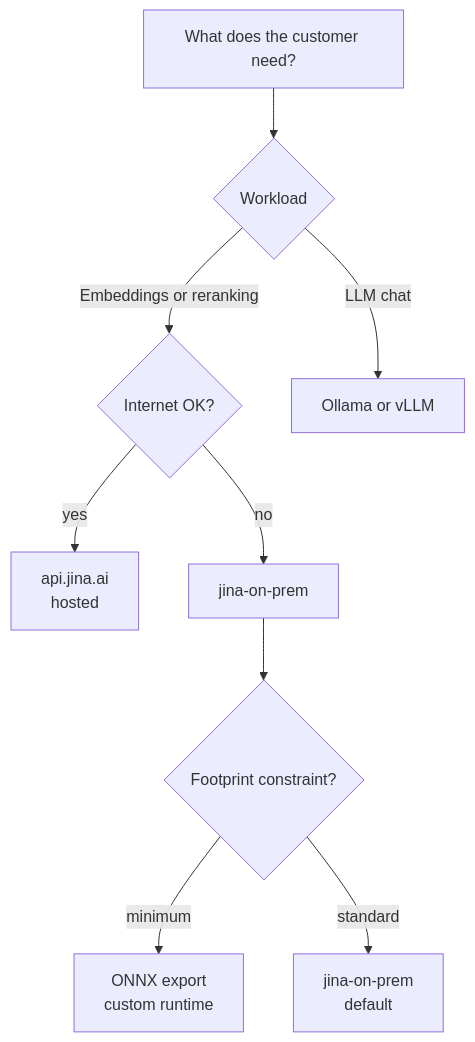
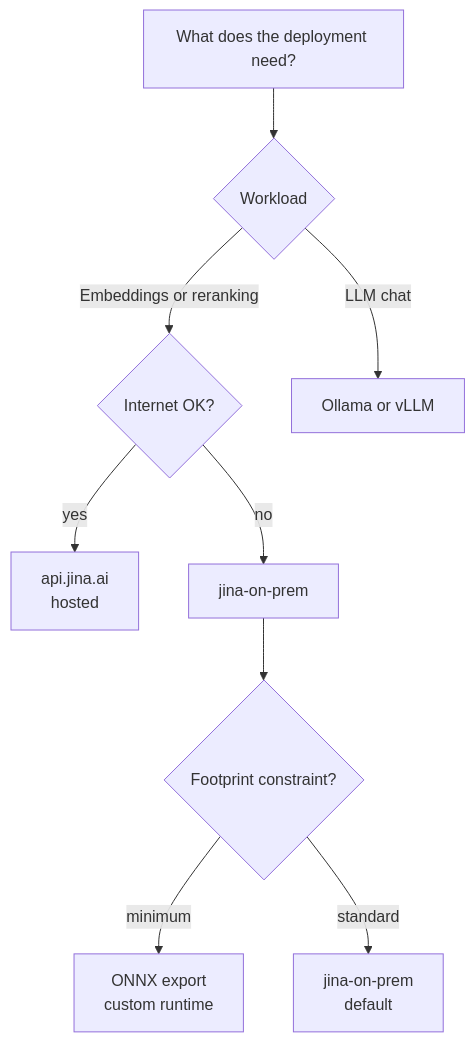
The second of 2 diagrams in docs/Comparison.md (jina-ai/jina-airgap), drawn with Mermaid before and after one commit. The commit also changed other lines of this file and 12 other files, not shown here.

````diff
--- a/docs/Comparison.md
+++ b/docs/Comparison.md
@@ -99,15 +99,15 @@
 ```mermaid
 flowchart TD
-    A[What does the customer need?]
+    A[What does the deployment need?]
     A --> B{Workload}
     B -- Embeddings or reranking --> C{Internet OK?}
     B -- LLM chat --> D[Ollama or vLLM]
     C -- yes --> E[api.jina.ai
 hosted]
     C -- no --> F[jina-on-prem]
     F --> G{Footprint constraint?}
     G -- minimum --> H[ONNX export
 custom runtime]
     G -- standard --> I[jina-on-prem
 default]
 ```
````
